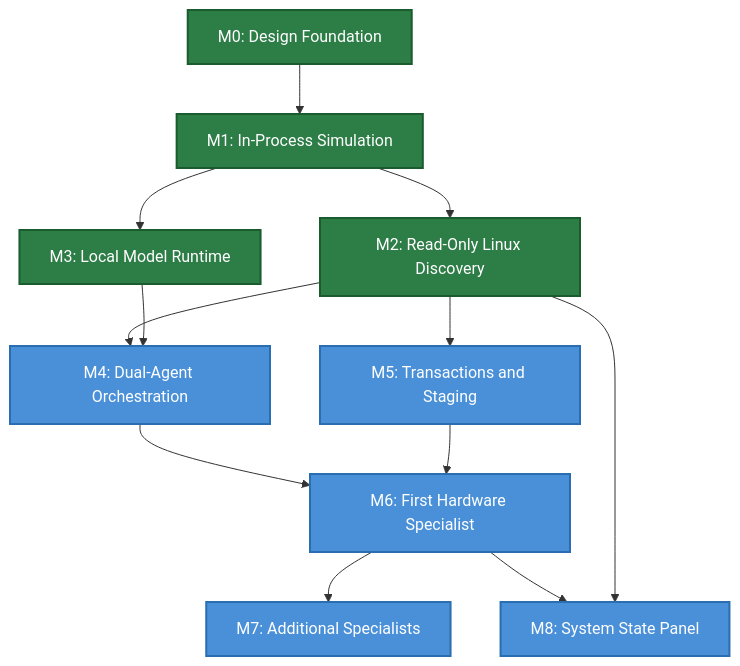
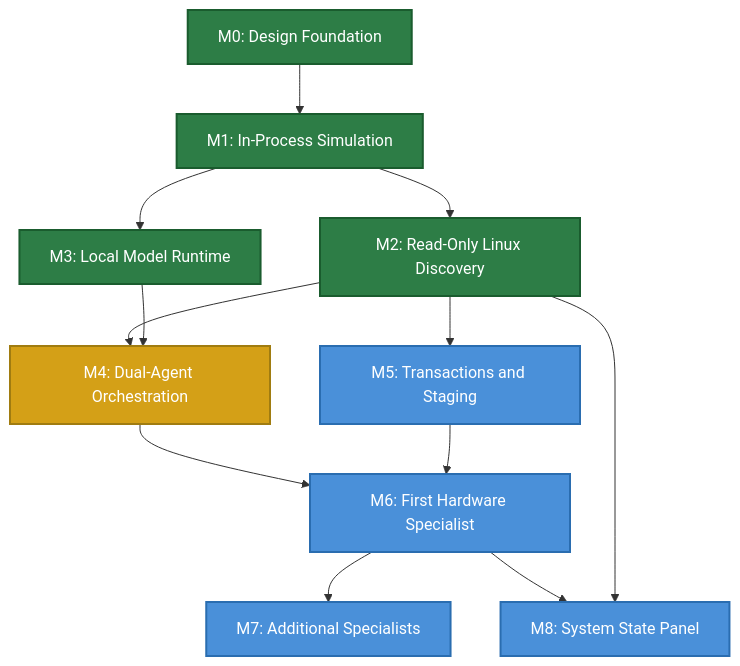
One commit to cse-creative-systems-engineering/aios changed the diagram in docs/implementation-roadmap.md. Above: the diagram before and after it, drawn with Mermaid. The commit also changed other lines of this file and 13 other files, not shown here.

````diff
--- a/docs/implementation-roadmap.md
+++ b/docs/implementation-roadmap.md
@@ -30,21 +30,22 @@
 ```mermaid
 graph TD
     M0[M0: Design Foundation] --> M1[M1: In-Process Simulation]
     M1 --> M2[M2: Read-Only Linux Discovery]
     M1 --> M3[M3: Local Model Runtime]
     M2 --> M4[M4: Dual-Agent Orchestration]
     M3 --> M4
     M2 --> M5[M5: Transactions and Staging]
     M4 --> M6[M6: First Hardware Specialist]
     M5 --> M6
     M6 --> M7[M7: Additional Specialists]
     M6 --> M8[M8: System State Panel]
     M2 --> M8
 
     classDef done fill:#2d7d46,color:#fff,stroke:#1a5c2e,stroke-width:2px
     classDef current fill:#d4a017,color:#fff,stroke:#a07c10,stroke-width:2px
     classDef planned fill:#4a90d9,color:#fff,stroke:#2a6db0,stroke-width:2px
 
     class M0,M1,M2,M3 done
-    class M4,M5,M6,M7,M8 planned
+    class M4 current
+    class M5,M6,M7,M8 planned
 ```
````
